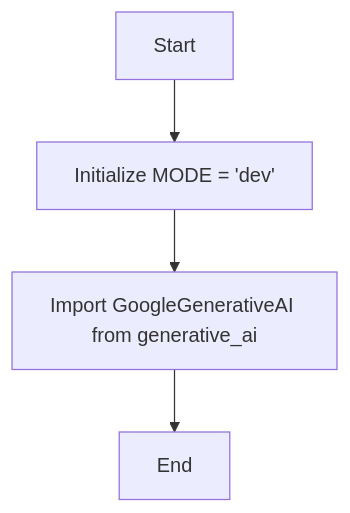
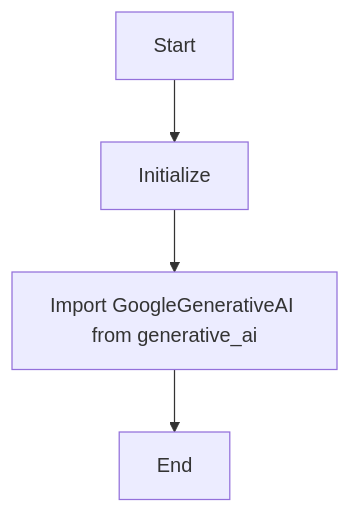
One commit to hypo69/hypo changed the diagram in docs/gemini/ru/explainer/src/ai/gemini/__init__.py.md. Above: the diagram before and after it, drawn with Mermaid. The commit also changed other lines of this file and 6031 other files, not shown here.

````diff
--- a/docs/gemini/ru/explainer/src/ai/gemini/__init__.py.md
+++ b/docs/gemini/ru/explainer/src/ai/gemini/__init__.py.md
@@ -14,6 +14,6 @@
 ```mermaid
 flowchart TD
-    Start --> InitializeMode[Initialize MODE = 'dev']
+    Start --> InitializeMode[Initialize ]
     InitializeMode --> ImportClass[Import GoogleGenerativeAI from generative_ai]
     ImportClass --> End
 ```
````
